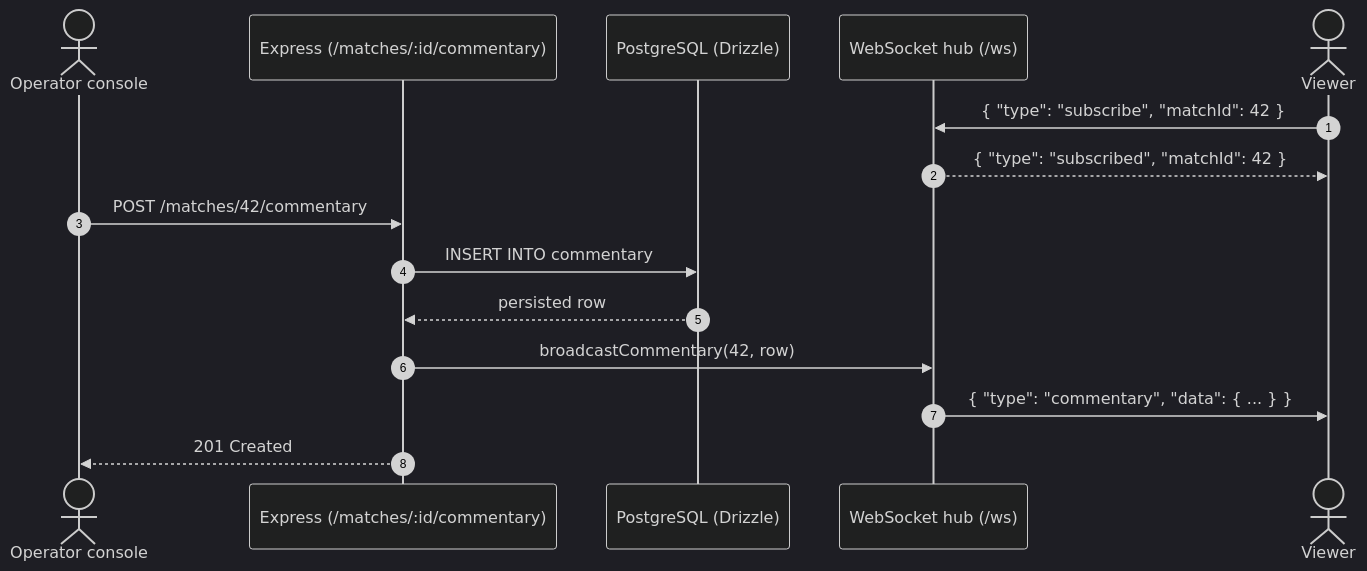
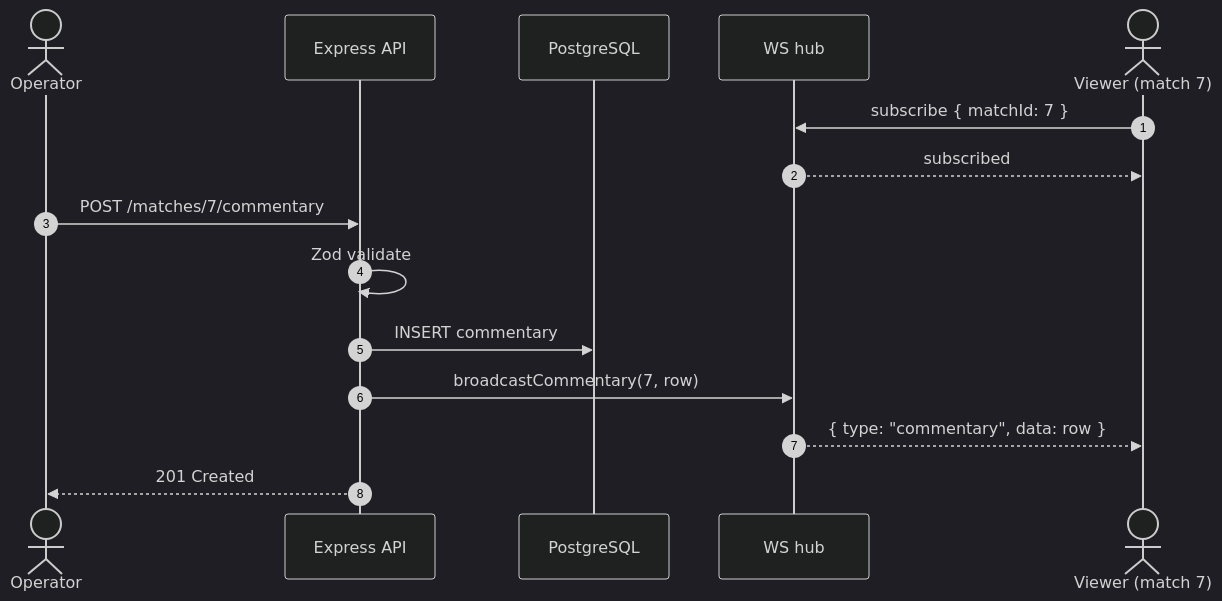
Before and after one commit to Navraj86/sportz-websockets: the second of 3 diagrams in README.md, drawn with Mermaid (dark theme). The commit also changed other lines of this file and 15 other files, not shown here.

````diff
--- a/README.md
+++ b/README.md
@@ -76,19 +73,18 @@
 ```mermaid
 sequenceDiagram
     autonumber
-    actor Operator as Operator console
-    participant API as Express (/matches/:id/commentary)
-    participant DB as PostgreSQL (Drizzle)
-    participant Hub as WebSocket hub (/ws)
-    actor Fan as Viewer
+    actor Op as Operator
+    participant API as Express API
+    participant DB as PostgreSQL
+    participant Hub as WS hub
+    actor Fan as Viewer (match 7)
 
-    Fan->>Hub: { "type": "subscribe", "matchId": 42 }
-    Hub-->>Fan: { "type": "subscribed", "matchId": 42 }
-
-    Operator->>API: POST /matches/42/commentary
-    API->>DB: INSERT INTO commentary
-    DB-->>API: persisted row
-    API->>Hub: broadcastCommentary(42, row)
-    Hub->>Fan: { "type": "commentary", "data": { ... } }
-    API-->>Operator: 201 Created
+    Fan->>Hub: subscribe { matchId: 7 }
+    Hub-->>Fan: subscribed
+    Op->>API: POST /matches/7/commentary
+    API->>API: Zod validate
+    API->>DB: INSERT commentary
+    API->>Hub: broadcastCommentary(7, row)
+    Hub-->>Fan: { type: "commentary", data: row }
+    API-->>Op: 201 Created
 ```
````
